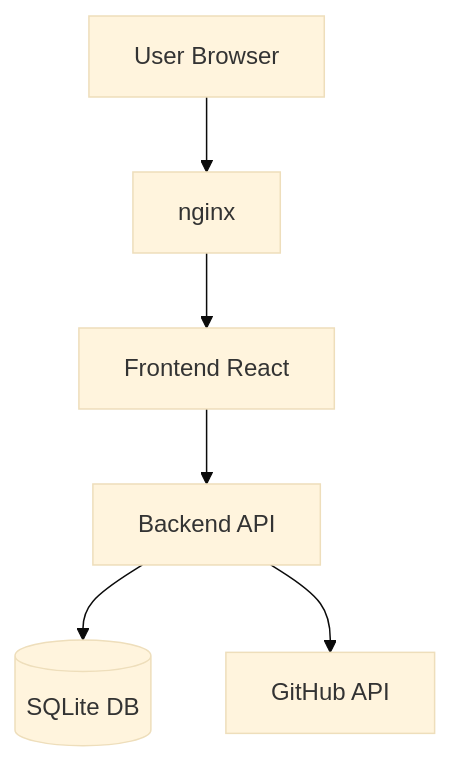
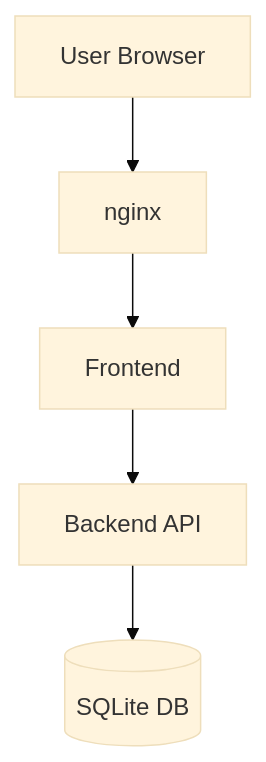
One commit to uglyatbeautymolt/ugly-forge changed the diagram in workspace/skills/architekt/SKILL.md. Above: the diagram before and after it, drawn with Mermaid (base theme). The commit also changed other lines of this file and 14 other files, not shown here.

````diff
--- a/workspace/skills/architekt/SKILL.md
+++ b/workspace/skills/architekt/SKILL.md
@@ -41,8 +31,7 @@
 ```mermaid
 graph TD
     A[User Browser] --> B[nginx]
-    B --> C[Frontend React]
+    B --> C[Frontend]
     C --> D[Backend API]
     D --> E[(SQLite DB)]
-    D --> F[GitHub API]
 ```
````
